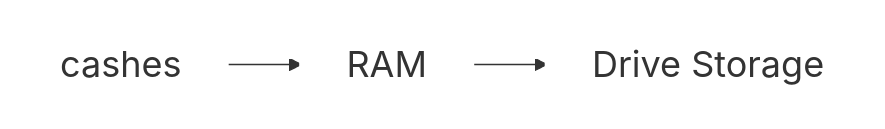
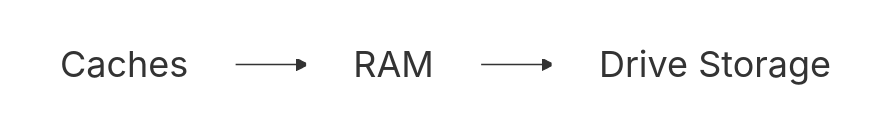
The first of 3 diagrams in lectures/content/slides/L4_Computing_Infrastructure.md (MindaugasSarpis/CERN_lessons_on_data_analysis), drawn with Mermaid before and after one commit. The commit also changed other lines of this file and 19 other files, not shown here.

````diff
--- a/lectures/content/slides/L4_Computing_Infrastructure.md
+++ b/lectures/content/slides/L4_Computing_Infrastructure.md
@@ -278,11 +276,11 @@
 ```mermaid {scale: 1.5}
 graph LR
-    A[cashes] --> B[RAM] --> C[Drive Storage]
+    A[Caches] --> B[RAM] --> C[Drive Storage]
 
     classDef transparentBox fill:none,stroke:white,stroke-width:3px,font-size:24px;
 
     class A transparentBox;
     class B transparentBox;
     class C transparentBox;
 
 ```
````
